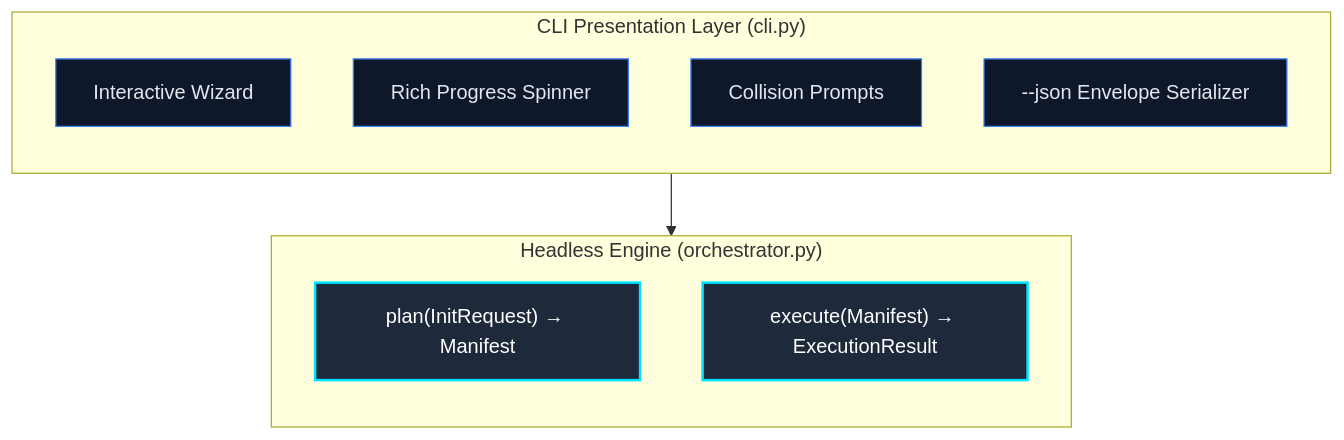
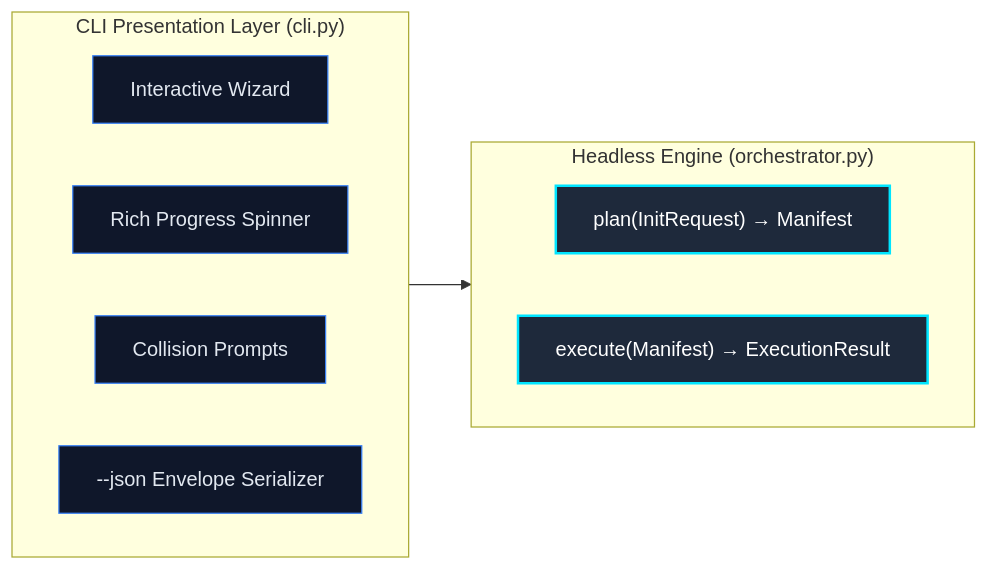
One commit to JacksonFergusonDev/protostar changed the second of 2 diagrams in docs/design-principles.md. Above: the diagram before and after it, drawn with Mermaid. The commit also changed 2 other files, not shown here.

Commit message:
docs: streamline and simplify documentation mermaid diagrams for legibility

````diff
--- a/docs/design-principles.md
+++ b/docs/design-principles.md
@@ -93,21 +93,21 @@
 ```mermaid
-flowchart TD
+flowchart LR
     classDef cli fill:#0f172a,stroke:#3b82f6,stroke-width:1px,color:#e2e8f0;
     classDef engine fill:#1e293b,stroke:#00e5ff,stroke-width:2px,color:#fff;
 
     subgraph CLI ["CLI Presentation Layer (cli.py)"]
-        direction TB
+        direction LR
         TUI["Interactive Wizard"]:::cli
         Spinner["Rich Progress Spinner"]:::cli
         Collision["Collision Prompts"]:::cli
         JSON["--json Envelope Serializer"]:::cli
     end
 
     subgraph Engine ["Headless Engine (orchestrator.py)"]
-        direction TB
-        Plan["plan(InitRequest) → Manifest"]:::engine
-        Exec["execute(Manifest) → ExecutionResult"]:::engine
+        direction LR
+        Plan["<span style='white-space:nowrap'>plan(InitRequest) → Manifest</span>"]:::engine
+        Exec["<span style='white-space:nowrap'>execute(Manifest) → ExecutionResult</span>"]:::engine
     end
 
     CLI --> Engine
 ```
````
